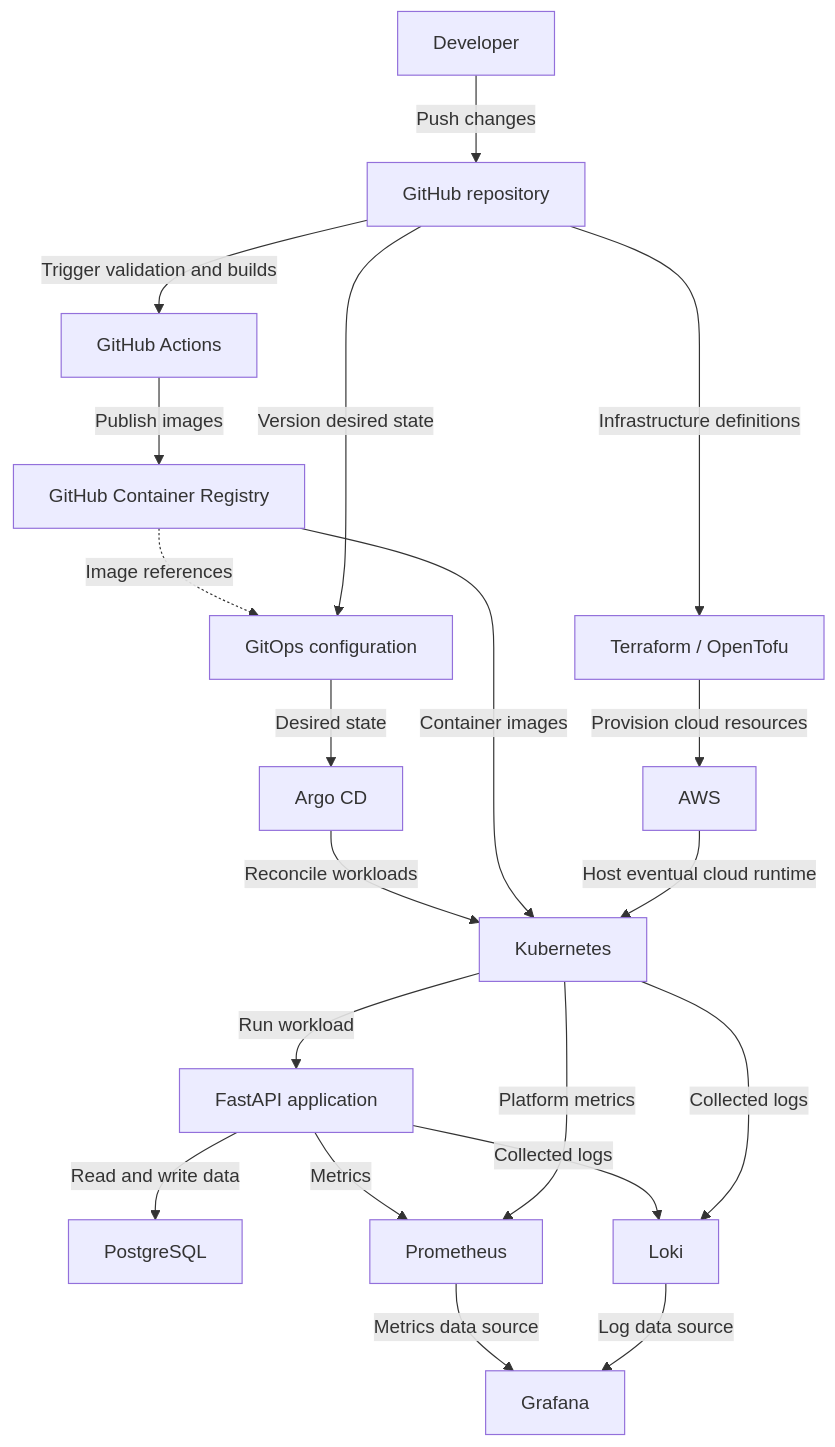
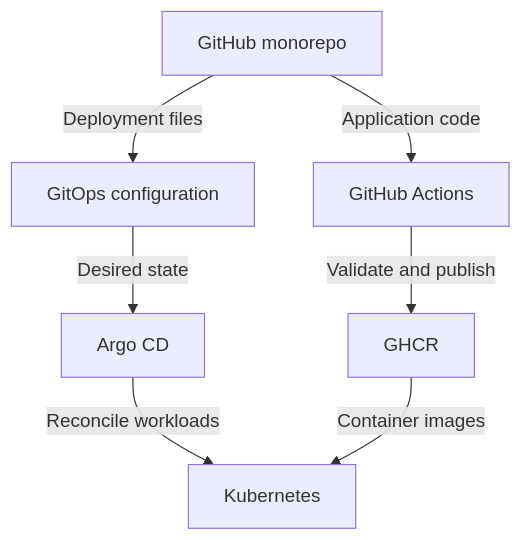
The third of 5 diagrams in docs/architecture/overview.md (jddemonteverde/One-Serious-Project), drawn with Mermaid before and after one commit. The commit also changed other lines of this file and 4 other files, not shown here.

Commit message:
docs(architecture): simplify diagrams and clarify cloud targets

````diff
--- a/docs/architecture/overview.md
+++ b/docs/architecture/overview.md
@@ -46,24 +68,9 @@
 ```mermaid
 flowchart TD
-  developer["Developer"] -->|Push changes| repository["GitHub repository"]
-  repository -->|Trigger validation and builds| actions["GitHub Actions"]
-  actions -->|Publish images| registry["GitHub Container Registry"]
-  registry -.->|Image references| gitops["GitOps configuration"]
-  repository -->|Version desired state| gitops
+  repository["GitHub monorepo"] -->|Application code| actions["GitHub Actions"]
+  actions -->|Validate and publish| registry["GHCR"]
+  repository -->|Deployment files| gitops["GitOps configuration"]
   gitops -->|Desired state| argocd["Argo CD"]
   argocd -->|Reconcile workloads| kubernetes["Kubernetes"]
   registry -->|Container images| kubernetes
-  kubernetes -->|Run workload| application["FastAPI application"]
-  application -->|Read and write data| postgres["PostgreSQL"]
-
-  repository -->|Infrastructure definitions| iac["Terraform / OpenTofu"]
-  iac -->|Provision cloud resources| aws["AWS"]
-  aws -->|Host eventual cloud runtime| kubernetes
-
-  application -->|Metrics| prometheus["Prometheus"]
-  kubernetes -->|Platform metrics| prometheus
-  application -->|Collected logs| loki["Loki"]
-  kubernetes -->|Collected logs| loki
-  prometheus -->|Metrics data source| grafana["Grafana"]
-  loki -->|Log data source| grafana
 ```
````
